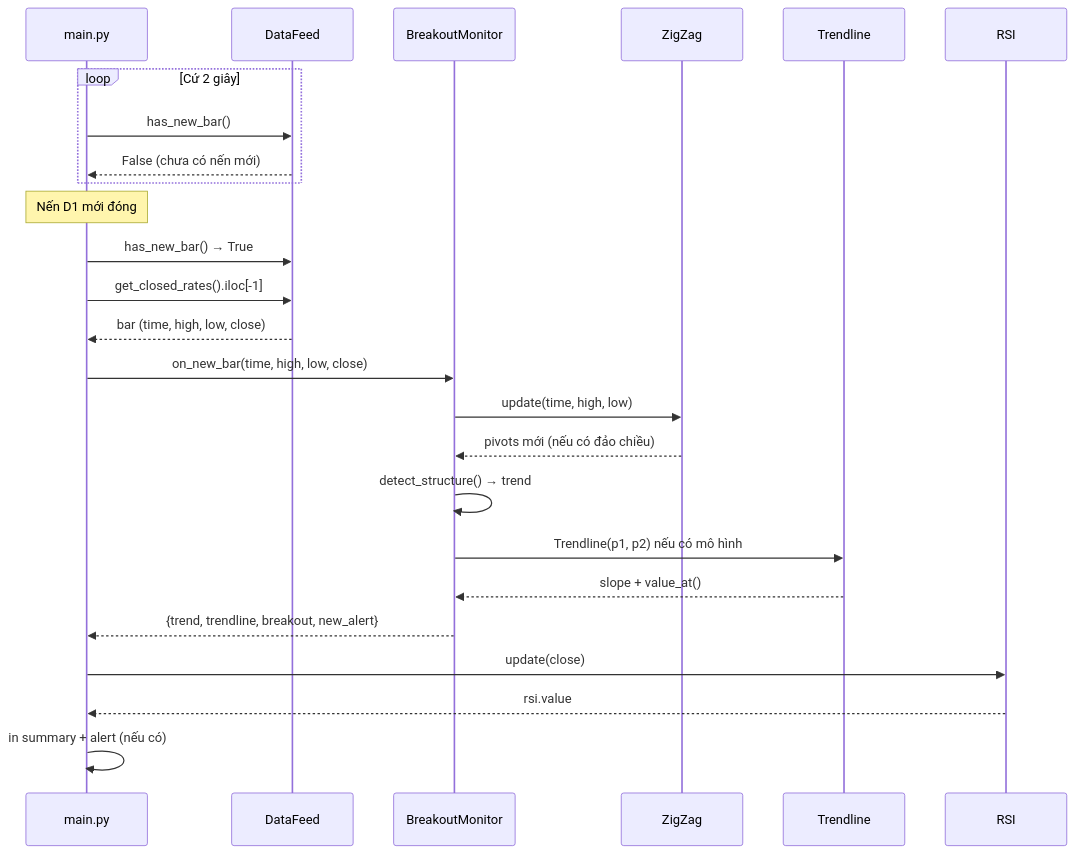
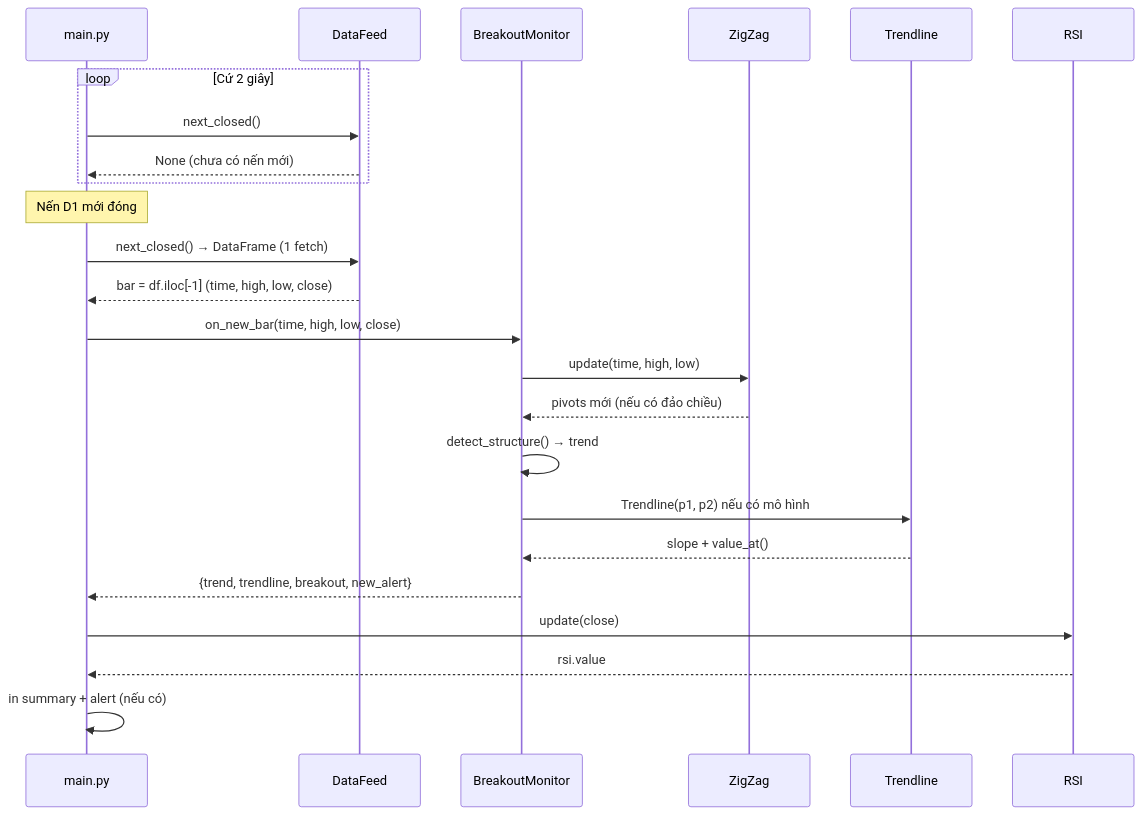
The seventh of 7 diagrams in so_do_hoat_dong.md (loinguyen2447/bottrader1), drawn with Mermaid before and after one commit. The commit also changed other lines of this file and 6 other files, not shown here.

````diff
--- a/so_do_hoat_dong.md
+++ b/so_do_hoat_dong.md
@@ -171,29 +173,28 @@
 ```mermaid
 sequenceDiagram
     participant Main as main.py
     participant Feed as DataFeed
     participant Mon as BreakoutMonitor
     participant ZZ as ZigZag
     participant TL as Trendline
     participant RSI as RSI
 
     loop Cứ 2 giây
-        Main->>Feed: has_new_bar()
-        Feed-->>Main: False (chưa có nến mới)
+        Main->>Feed: next_closed()
+        Feed-->>Main: None (chưa có nến mới)
     end
 
     Note over Main: Nến D1 mới đóng
-    Main->>Feed: has_new_bar() → True
-    Main->>Feed: get_closed_rates().iloc[-1]
-    Feed-->>Main: bar (time, high, low, close)
+    Main->>Feed: next_closed() → DataFrame (1 fetch)
+    Feed-->>Main: bar = df.iloc[-1] (time, high, low, close)
     Main->>Mon: on_new_bar(time, high, low, close)
     Mon->>ZZ: update(time, high, low)
     ZZ-->>Mon: pivots mới (nếu có đảo chiều)
     Mon->>Mon: detect_structure() → trend
     Mon->>TL: Trendline(p1, p2) nếu có mô hình
     TL-->>Mon: slope + value_at()
     Mon-->>Main: {trend, trendline, breakout, new_alert}
     Main->>RSI: update(close)
     RSI-->>Main: rsi.value
     Main->>Main: in summary + alert (nếu có)
 ```
````
